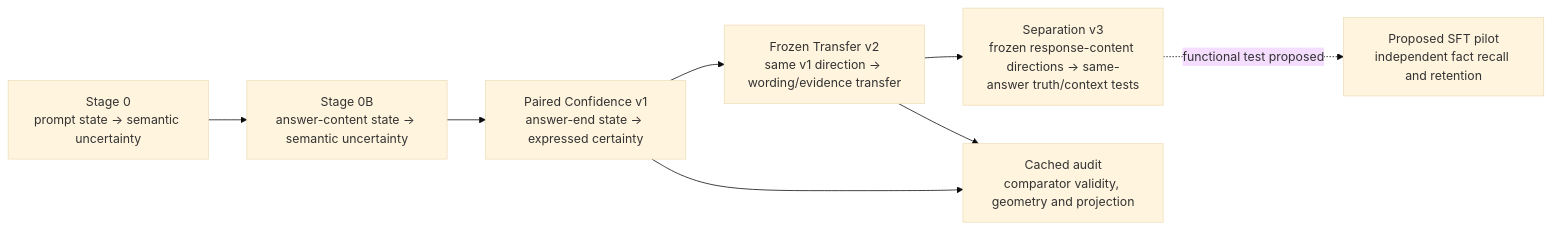
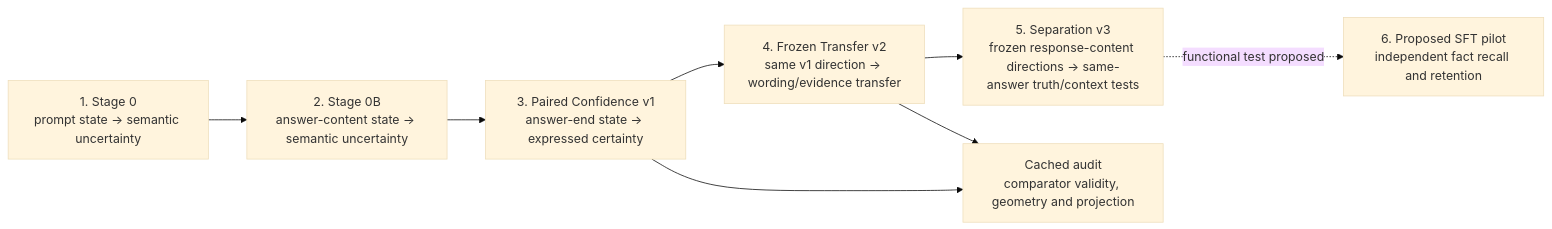
Before and after one commit to WenyiJin2003/mechanistic-confidence-sdt: the diagram in docs/experiments/EXPERIMENT_MAP.md, drawn with Mermaid (base theme). The commit also changed other lines of this file and 14 other files, not shown here.

Commit message:
Clarify the project name and research sequence (#7)

````diff
--- a/docs/experiments/EXPERIMENT_MAP.md
+++ b/docs/experiments/EXPERIMENT_MAP.md
@@ -104,17 +105,17 @@
 ```mermaid
 flowchart LR
-    S0["Stage 0<br/>prompt state → semantic uncertainty"]
-    S0B["Stage 0B<br/>answer-content state → semantic uncertainty"]
-    V1["Paired Confidence v1<br/>answer-end state → expressed certainty"]
-    V2["Frozen Transfer v2<br/>same v1 direction → wording/evidence transfer"]
-    V3["Separation v3<br/>frozen response-content directions → same-answer truth/context tests"]
+    S0["1. Stage 0<br/>prompt state → semantic uncertainty"]
+    S0B["2. Stage 0B<br/>answer-content state → semantic uncertainty"]
+    V1["3. Paired Confidence v1<br/>answer-end state → expressed certainty"]
+    V2["4. Frozen Transfer v2<br/>same v1 direction → wording/evidence transfer"]
+    V3["5. Separation v3<br/>frozen response-content directions → same-answer truth/context tests"]
     Audit["Cached audit<br/>comparator validity, geometry and projection"]
-    Train["Proposed SFT pilot<br/>independent fact recall and retention"]
+    Train["6. Proposed SFT pilot<br/>independent fact recall and retention"]
     S0 --> S0B
     S0B --> V1
     V1 --> V2
     V2 --> V3
     V1 --> Audit
     V2 --> Audit
     V3 -. "functional test proposed" .-> Train
 ```
````
